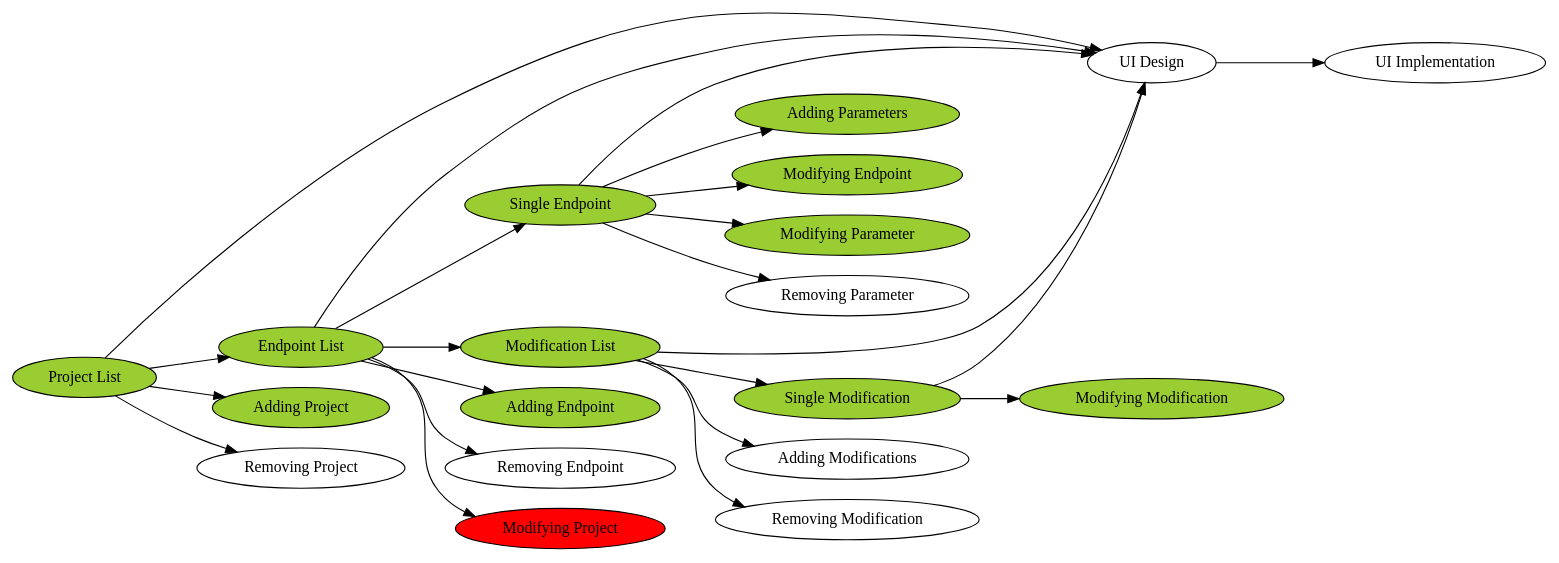
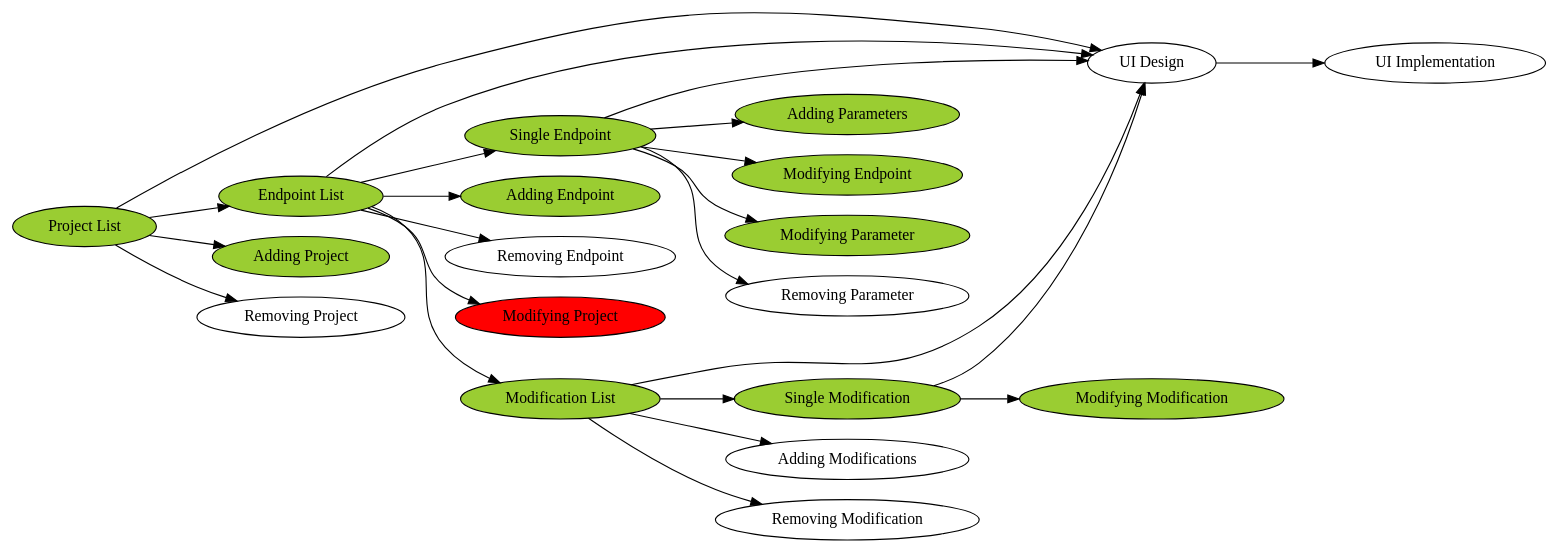
Before and after one commit to jaccek/endpoint-mock: the diagram in doc/tasks.dot, drawn with Graphviz. The commit also changed other lines of this file and 11 other files, not shown here.

```diff
--- a/doc/tasks.dot
+++ b/doc/tasks.dot
@@ -1,61 +1,61 @@
 digraph {
     //layout = circo;
     //mindist = .5;
     rankdir=LR;
 
     disp_project_list -> ui_design;
     disp_project_list -> disp_endpoint_list;
     disp_project_list -> adding_project;
     disp_project_list -> removing_project;
 
     disp_endpoint_list -> ui_design;
     disp_endpoint_list -> disp_single_endpoint;
-    disp_endpoint_list -> disp_modification_list;
     disp_endpoint_list -> adding_endpoint;
     disp_endpoint_list -> removing_endpoint;
     disp_endpoint_list -> modifying_project;
+    disp_endpoint_list -> disp_modification_list;
 
     disp_single_endpoint -> ui_design;
     disp_single_endpoint -> adding_parameter;
     disp_single_endpoint -> modifying_endpoint;
     disp_single_endpoint -> modifying_parameter;
     disp_single_endpoint -> removing_parameter;
 
     disp_modification_list -> ui_design;
     disp_modification_list -> disp_single_modification;
     disp_modification_list -> adding_modification;
     disp_modification_list -> removing_modification;
 
     disp_single_modification -> ui_design;
     disp_single_modification -> modifying_modification;
 
     ui_design -> ui_implementation;
 
 
 
 
     disp_project_list           [label="Project List", style="filled", fillcolor="yellowgreen"];
     disp_endpoint_list          [label="Endpoint List", style="filled", fillcolor="yellowgreen"];
     disp_modification_list      [label="Modification List", style="filled", fillcolor="yellowgreen"];
 
     disp_single_endpoint        [label="Single Endpoint", style="filled", fillcolor="yellowgreen"];
     disp_single_modification    [label="Single Modification", style="filled", fillcolor="yellowgreen"];
 
     ui_implementation   [label="UI Implementation"];
     ui_design           [label="UI Design"];
 
     adding_project          [label="Adding Project", style="filled", fillcolor="yellowgreen"];
     adding_endpoint         [label="Adding Endpoint", style="filled", fillcolor="yellowgreen"];
     adding_parameter        [label="Adding Parameters", style="filled", fillcolor="yellowgreen"];
     adding_modification     [label="Adding Modifications"];
 
     modifying_project       [label="Modifying Project", style="filled", fillcolor="red"];
     modifying_endpoint      [label="Modifying Endpoint", style="filled", fillcolor="yellowgreen"];
     modifying_parameter     [label="Modifying Parameter", style="filled", fillcolor="yellowgreen"];
     modifying_modification  [label="Modifying Modification", style="filled", fillcolor="yellowgreen"];
 
     removing_project        [label="Removing Project"];
     removing_endpoint       [label="Removing Endpoint"];
     removing_parameter      [label="Removing Parameter"];
     removing_modification   [label="Removing Modification"];
 }
```
